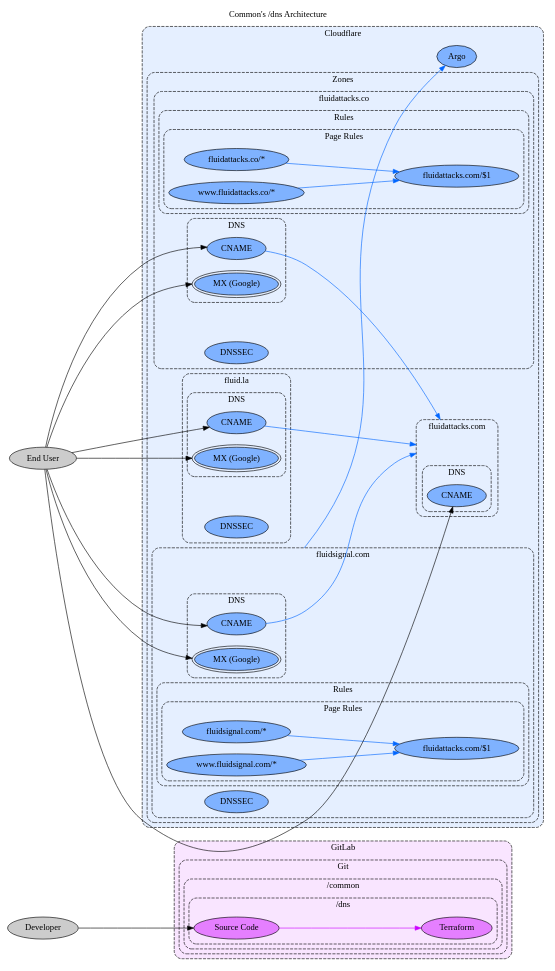
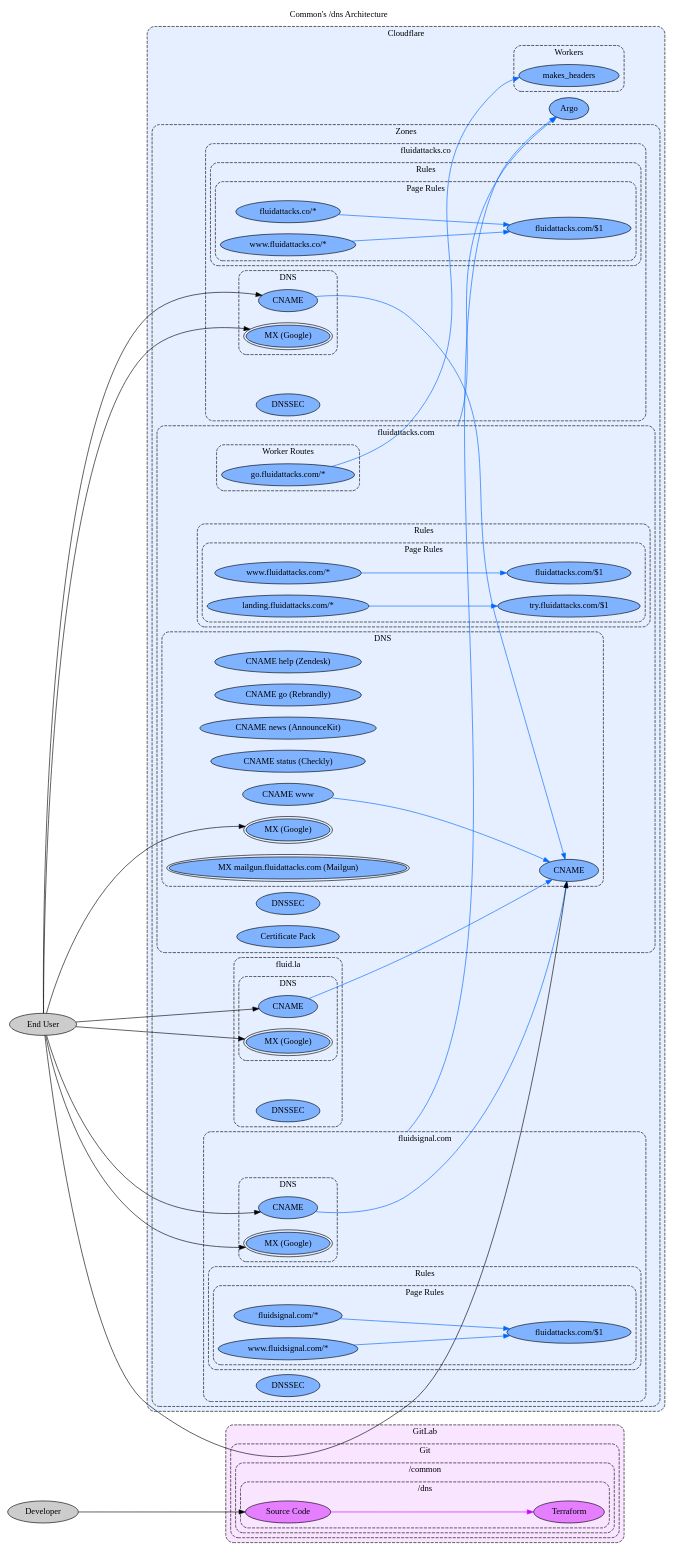
The diagram in docs/src/docs/development/products/common/dns-arch.dot (jeanbaptistemora/fluidattacks-universe2), drawn with Graphviz before and after one commit.

Commit message:
docs\feat(doc): #7581 dns arch
- Add more domains to the arch, intentionally
  skipped some spuriours records

```diff
--- a/docs/src/docs/development/products/common/dns-arch.dot
+++ b/docs/src/docs/development/products/common/dns-arch.dot
@@ -1,155 +1,195 @@
 // SPDX-FileCopyrightText: 2022 Fluid Attacks <development@fluidattacks.com>
 //
 // SPDX-License-Identifier: MPL-2.0
 
 digraph status {
   label="Common's /dns Architecture"
   labelloc="t"
   compound="true"
   concentrate="true"
   layout="dot"
   scale="scalexy"
   rankdir="LR"
   ranksep="2.0"
 
   node[style="filled"]
   graph[style="dashed,rounded"]
 
   subgraph cluster_gitlab {
     label="GitLab"
     bgcolor="0.8 0.1 1.0"
     node[fillcolor="0.8 0.5 1.0"]
 
     subgraph cluster_gitlab_git {
       label="Git"
 
       subgraph cluster_gitlab_git_common {
         label="/common"
 
         subgraph cluster_gitlab_git_common_dns {
           label="/dns"
 
           gitlab_git_common_dns[label="Source Code"]
           gitlab_git_common_dns_terraform[label="Terraform"]
         }
       }
     }
   }
 
   subgraph cluster_cloudflare {
     label="Cloudflare"
     bgcolor="0.6 0.1 1.0"
     node[fillcolor="0.6 0.5 1.0"]
 
     cloudflare_argo[label="Argo"]
+
+    subgraph cluster_cloudflare_workers {
+      label="Workers"
+
+      cluster_cloudflare_workers_makes_headers[label="makes_headers"]
+    }
 
     subgraph cluster_cloudflare_zones {
       label="Zones"
 
       subgraph cluster_cloudflare_zone_fluid_la {
         label="fluid.la"
 
         cluster_cloudflare_zone_fluid_la[label="" style="invis"]
         cloudflare_zone_fluid_la_dnssec[label="DNSSEC"]
 
         subgraph cluster_cloudflare_zone_fluid_la_dns {
           label="DNS"
 
           cloudflare_zone_fluid_la_dns_cname[label="CNAME"]
           cloudflare_zone_fluid_la_dns_mx[label="MX (Google)" peripheries="2"]
         }
       }
 
       subgraph cluster_cloudflare_zone_fluidattacks_co {
         label="fluidattacks.co"
 
         cluster_cloudflare_zone_fluidattacks_co[label="" style="invis"]
         cloudflare_zone_fluidattacks_co_dnssec[label="DNSSEC"]
 
         subgraph cluster_cloudflare_zone_fluidattacks_co_dns {
           label="DNS"
 
           cloudflare_zone_fluidattacks_co_dns_cname[label="CNAME"]
           cloudflare_zone_fluidattacks_co_dns_mx[label="MX (Google)" peripheries="2"]
         }
 
         subgraph cluster_cloudflare_zone_fluidattacks_co_rules {
           label="Rules"
 
           subgraph cluster_cloudflare_zone_fluidattacks_co_rules_page {
             label="Page Rules"
 
             cloudflare_zone_fluidattacks_co_rules_page[label="fluidattacks.co/*"]
             cloudflare_zone_fluidattacks_co_rules_page_www[label="www.fluidattacks.co/*"]
             cloudflare_zone_fluidattacks_co_rules_page_forward[label="fluidattacks.com/$1"]
           }
         }
       }
 
       subgraph cluster_cloudflare_zone_fluidattacks_com {
         label="fluidattacks.com"
 
         cluster_cloudflare_zone_fluidattacks_com[label="" style="invis"]
+        cloudflare_zone_fluidattacks_com_dnssec[label="DNSSEC"]
+        cloudflare_zone_fluidattacks_com_cert[label="Certificate Pack"]
 
         subgraph cluster_cloudflare_zone_fluidattacks_com_dns {
           label="DNS"
 
           cloudflare_zone_fluidattacks_com_dns_cname[label="CNAME"]
+          cloudflare_zone_fluidattacks_com_dns_cname_help[label="CNAME help (Zendesk)"]
+          cloudflare_zone_fluidattacks_com_dns_cname_go[label="CNAME go (Rebrandly)"]
+          cloudflare_zone_fluidattacks_com_dns_cname_news[label="CNAME news (AnnounceKit)"]
+          cloudflare_zone_fluidattacks_com_dns_cname_status[label="CNAME status (Checkly)"]
+          cloudflare_zone_fluidattacks_com_dns_cname_www[label="CNAME www"]
+          cloudflare_zone_fluidattacks_com_dns_mx[label="MX (Google)" peripheries="2"]
+          cloudflare_zone_fluidattacks_com_dns_mx_mailgun[label="MX mailgun.fluidattacks.com (Mailgun)" peripheries="2"]
+        }
+
+        subgraph cluster_cloudflare_zone_fluidattacks_com_rules {
+          label="Rules"
+
+          subgraph cluster_cloudflare_zone_fluidattacks_com_rules_page {
+            label="Page Rules"
+
+            cloudflare_zone_fluidattacks_com_rules_page_www[label="www.fluidattacks.com/*"]
+            cloudflare_zone_fluidattacks_com_rules_page_www_forward[label="fluidattacks.com/$1"]
+            cloudflare_zone_fluidattacks_com_rules_page_landing[label="landing.fluidattacks.com/*"]
+            cloudflare_zone_fluidattacks_com_rules_page_landing_forward[label="try.fluidattacks.com/$1"]
+          }
+        }
+
+        subgraph cluster_cloudflare_zone_fluidattacks_com_worker_routes {
+          label="Worker Routes"
+
+          cloudflare_zone_fluidattacks_com_worker_route_go[label="go.fluidattacks.com/*"]
         }
       }
 
       subgraph cluster_cloudflare_zone_fluidsignal_com {
         label="fluidsignal.com"
 
         cluster_cloudflare_zone_fluidsignal_com[label="" style="invis"]
         cloudflare_zone_fluidsignal_com_dnssec[label="DNSSEC"]
 
         subgraph cluster_cloudflare_zone_fluidsignal_com_dns {
           label="DNS"
 
           cloudflare_zone_fluidsignal_com_dns_cname[label="CNAME"]
           cloudflare_zone_fluidsignal_com_dns_mx[label="MX (Google)" peripheries="2"]
         }
 
         subgraph cluster_cloudflare_zone_fluidsignal_com_rules {
           label="Rules"
 
           subgraph cluster_cloudflare_zone_fluidsignal_com_rules_page {
             label="Page Rules"
 
             cloudflare_zone_fluidsignal_com_rules_page[label="fluidsignal.com/*"]
             cloudflare_zone_fluidsignal_com_rules_page_www[label="www.fluidsignal.com/*"]
             cloudflare_zone_fluidsignal_com_rules_page_forward[label="fluidattacks.com/$1"]
           }
         }
       }
     }
   }
 
   edge[color="0.6 1.0 1.0"]
-  cloudflare_zone_fluid_la_dns_cname -> cluster_cloudflare_zone_fluidattacks_com[lhead="cluster_cloudflare_zone_fluidattacks_com"]
-  cloudflare_zone_fluidattacks_co_dns_cname -> cluster_cloudflare_zone_fluidattacks_com[lhead="cluster_cloudflare_zone_fluidattacks_com"]
+  cloudflare_zone_fluidattacks_com_dns_cname_www -> cloudflare_zone_fluidattacks_com_dns_cname[]
+  cloudflare_zone_fluidattacks_com_worker_route_go -> cluster_cloudflare_workers_makes_headers[]
+  cloudflare_zone_fluid_la_dns_cname -> cloudflare_zone_fluidattacks_com_dns_cname[]
+  cloudflare_zone_fluidattacks_co_dns_cname -> cloudflare_zone_fluidattacks_com_dns_cname[]
   cloudflare_zone_fluidattacks_co_rules_page -> cloudflare_zone_fluidattacks_co_rules_page_forward[]
   cloudflare_zone_fluidattacks_co_rules_page_www -> cloudflare_zone_fluidattacks_co_rules_page_forward[]
-  cloudflare_zone_fluidsignal_com_dns_cname -> cluster_cloudflare_zone_fluidattacks_com[lhead="cluster_cloudflare_zone_fluidattacks_com"]
+  cloudflare_zone_fluidattacks_com_rules_page_www -> cloudflare_zone_fluidattacks_com_rules_page_www_forward[]
+  cloudflare_zone_fluidattacks_com_rules_page_landing -> cloudflare_zone_fluidattacks_com_rules_page_landing_forward[]
+  cloudflare_zone_fluidsignal_com_dns_cname -> cloudflare_zone_fluidattacks_com_dns_cname[]
   cloudflare_zone_fluidsignal_com_rules_page -> cloudflare_zone_fluidsignal_com_rules_page_forward[]
   cloudflare_zone_fluidsignal_com_rules_page_www -> cloudflare_zone_fluidsignal_com_rules_page_forward[]
+  cluster_cloudflare_zone_fluidattacks_com -> cloudflare_argo[ltail="cluster_cloudflare_zone_fluidattacks_com"]
   cluster_cloudflare_zone_fluidsignal_com -> cloudflare_argo[ltail="cluster_cloudflare_zone_fluidsignal_com"]
 
   edge[color="0.8 1.0 1.0"]
   gitlab_git_common_dns -> gitlab_git_common_dns_terraform[]
 
   node[fillcolor="0.0 0.0 0.8"]
   developer[label="Developer"]
   end_user[label="End User"]
 
   edge[color="0.0 0.0 0.0"]
   developer -> gitlab_git_common_dns[]
   end_user -> cloudflare_zone_fluid_la_dns_cname[]
   end_user -> cloudflare_zone_fluid_la_dns_mx[]
   end_user -> cloudflare_zone_fluidattacks_co_dns_cname[]
   end_user -> cloudflare_zone_fluidattacks_co_dns_mx[]
   end_user -> cloudflare_zone_fluidattacks_com_dns_cname[]
+  end_user -> cloudflare_zone_fluidattacks_com_dns_mx[]
   end_user -> cloudflare_zone_fluidsignal_com_dns_cname[]
   end_user -> cloudflare_zone_fluidsignal_com_dns_mx[]
 }
```
